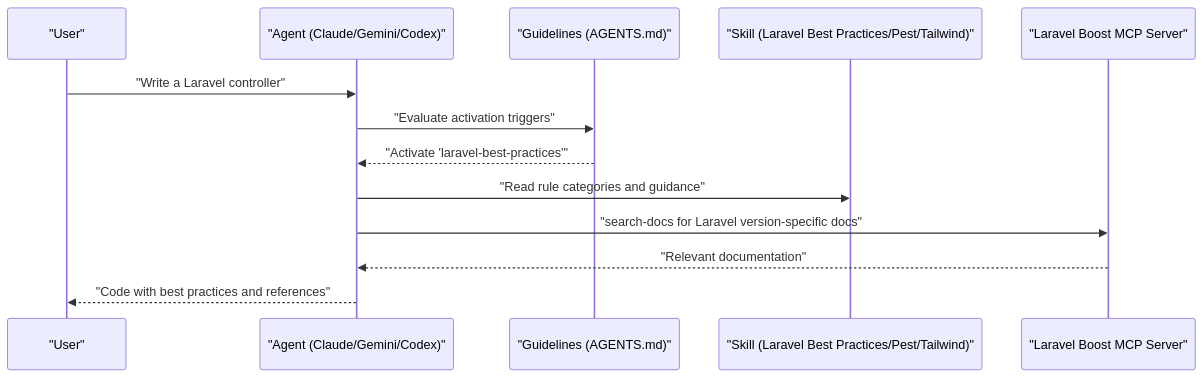
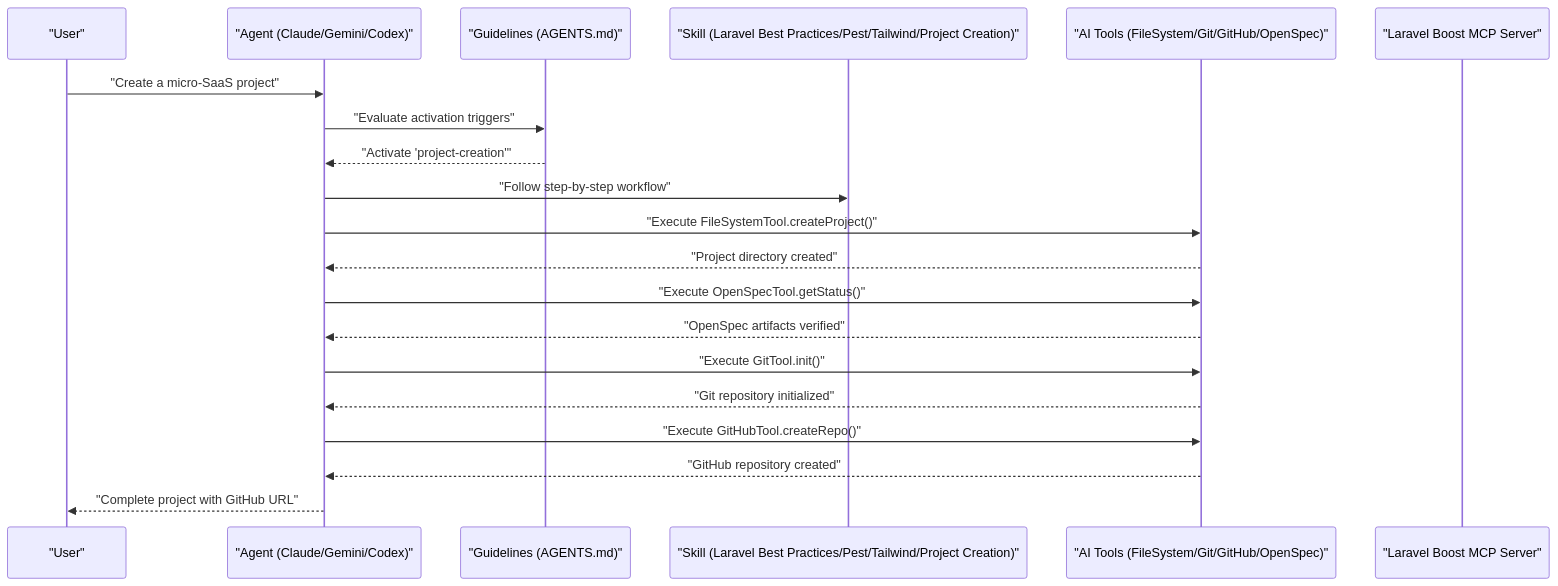
One commit to siimliimand/laravel-assistant changed the second of 5 diagrams in .qoder/repowiki/en/content/AI Integration System/Agent System/Skill System/Skill System.md. Above: the diagram before and after it, drawn with Mermaid. The commit also changed other lines of this file and 3 other files, not shown here.

First line of the commit message:
feat(project-creation): integrate MCP client for enhanced project creation workflow

````diff
--- a/.qoder/repowiki/en/content/AI Integration System/Agent System/Skill System/Skill System.md
+++ b/.qoder/repowiki/en/content/AI Integration System/Agent System/Skill System/Skill System.md
@@ -93,15 +139,22 @@
 ```mermaid
 sequenceDiagram
 participant User as "User"
 participant Agent as "Agent (Claude/Gemini/Codex)"
 participant Guid as "Guidelines (AGENTS.md)"
-participant Skill as "Skill (Laravel Best Practices/Pest/Tailwind)"
+participant Skill as "Skill (Laravel Best Practices/Pest/Tailwind/Project Creation)"
+participant Tools as "AI Tools (FileSystem/Git/GitHub/OpenSpec)"
 participant MCP as "Laravel Boost MCP Server"
-User->>Agent : "Write a Laravel controller"
+User->>Agent : "Create a micro-SaaS project"
 Agent->>Guid : "Evaluate activation triggers"
-Guid-->>Agent : "Activate 'laravel-best-practices'"
-Agent->>Skill : "Read rule categories and guidance"
-Agent->>MCP : "search-docs for Laravel version-specific docs"
-MCP-->>Agent : "Relevant documentation"
-Agent-->>User : "Code with best practices and references"
+Guid-->>Agent : "Activate 'project-creation'"
+Agent->>Skill : "Follow step-by-step workflow"
+Agent->>Tools : "Execute FileSystemTool.createProject()"
+Tools-->>Agent : "Project directory created"
+Agent->>Tools : "Execute OpenSpecTool.getStatus()"
+Tools-->>Agent : "OpenSpec artifacts verified"
+Agent->>Tools : "Execute GitTool.init()"
+Tools-->>Agent : "Git repository initialized"
+Agent->>Tools : "Execute GitHubTool.createRepo()"
+Tools-->>Agent : "GitHub repository created"
+Agent-->>User : "Complete project with GitHub URL"
 ```
````
